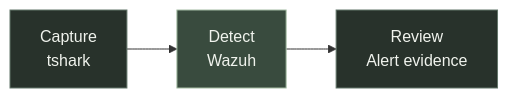
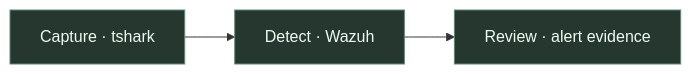
Before and after one commit to louishoang711/louishoang711: the diagram in README.md, drawn with Mermaid. The commit also changed other lines of this file, not shown here.

````diff
--- a/README.md
+++ b/README.md
@@ -11,9 +44,6 @@
 ```mermaid
 flowchart LR
-    capture["Capture<br/>tshark"] --> detect["Detect<br/>Wazuh"]
-    detect --> review["Review<br/>Alert evidence"]
-    classDef stage fill:#28322b,stroke:#63766a,color:#f0f3ed
-    classDef focus fill:#394b3e,stroke:#a4bca3,color:#f0f3ed
-    class capture,review stage
-    class detect focus
+    capture["Capture · tshark"] --> detect["Detect · Wazuh"] --> review["Review · alert evidence"]
+    classDef stage fill:#26372f,stroke:#5b8a70,color:#effbf1
+    class capture,detect,review stage
 ```
````
